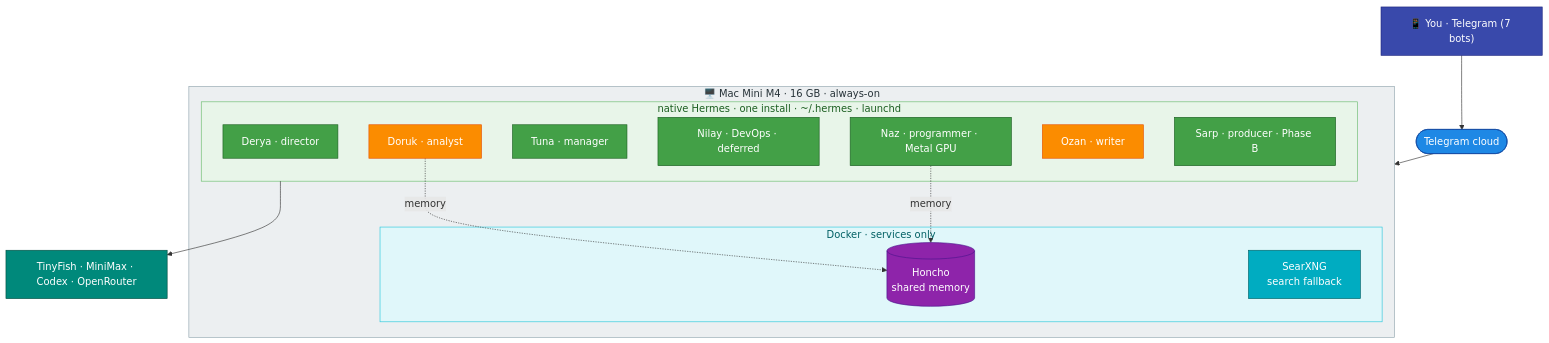
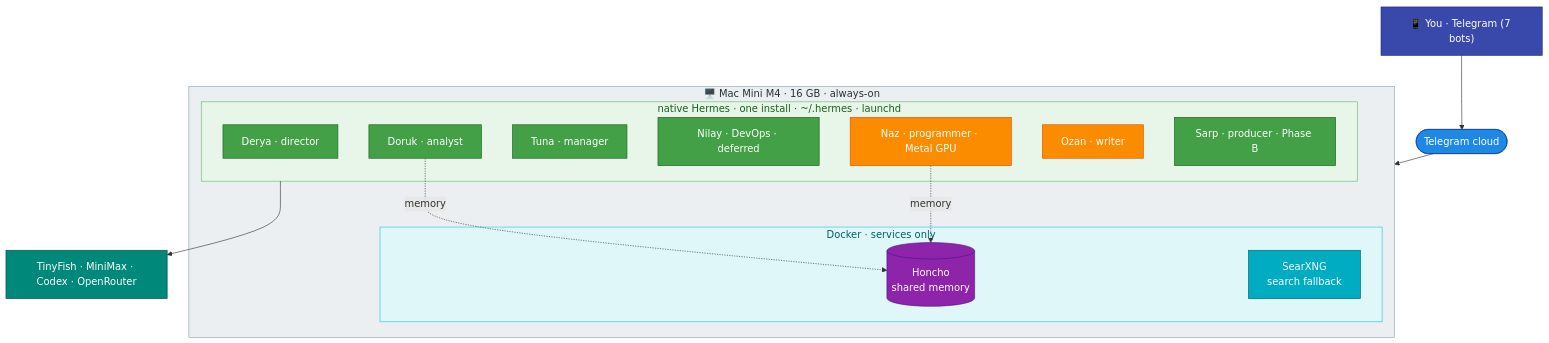
The first of 2 diagrams in README.md (mpolatcan/hermes-setup), drawn with Mermaid before and after one commit. The commit also changed other lines of this file and 4 other files, not shown here.

First line of the commit message:
docs(models): Codex = coder + writer; research -> MiniMax M3

````diff
--- a/README.md
+++ b/README.md
@@ -5,35 +5,35 @@
 ```mermaid
 flowchart TB
     you["📱 You · Telegram (7 bots)"]:::user
     you --> tg(["Telegram cloud"]):::net
     subgraph mini["🖥️ Mac Mini M4 · 16 GB · always-on"]
         subgraph hermes["native Hermes · one install · ~/.hermes · launchd"]
             general["Derya · director"]:::mini
-            research["Doruk · analyst"]:::codex
+            research["Doruk · analyst"]:::mini
             concierge["Tuna · manager"]:::mini
             ops["Nilay · DevOps · deferred"]:::mini
-            coder["Naz · programmer · Metal GPU"]:::mini
+            coder["Naz · programmer · Metal GPU"]:::codex
             writer["Ozan · writer"]:::codex
             producer["Sarp · producer · Phase B"]:::mini
         end
         subgraph svc["Docker · services only"]
             Honcho[("Honcho<br/>shared memory")]:::infra
             SearXNG["SearXNG<br/>search fallback"]:::svc
         end
     end
     tg --> mini
     coder -. memory .-> Honcho
     research -. memory .-> Honcho
     ext["TinyFish · MiniMax · Codex · OpenRouter"]:::ext
     hermes --> ext
     classDef user fill:#3949AB,stroke:#1A237E,color:#fff
     classDef net fill:#1E88E5,stroke:#0D47A1,color:#fff
     classDef mini fill:#43A047,stroke:#1B5E20,color:#fff
     classDef codex fill:#FB8C00,stroke:#E65100,color:#fff
     classDef infra fill:#8E24AA,stroke:#4A148C,color:#fff
     classDef svc fill:#00ACC1,stroke:#006064,color:#fff
     classDef ext fill:#00897B,stroke:#004D40,color:#fff
     style mini fill:#ECEFF1,stroke:#90A4AE,color:#263238
     style hermes fill:#E8F5E9,stroke:#66BB6A,color:#1B5E20
     style svc fill:#E0F7FA,stroke:#26C6DA,color:#006064
 ```
````
